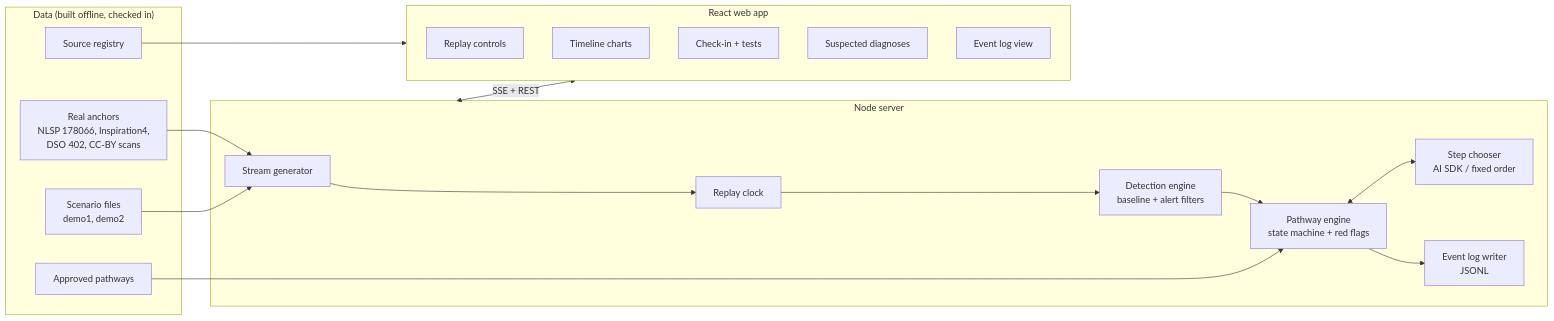
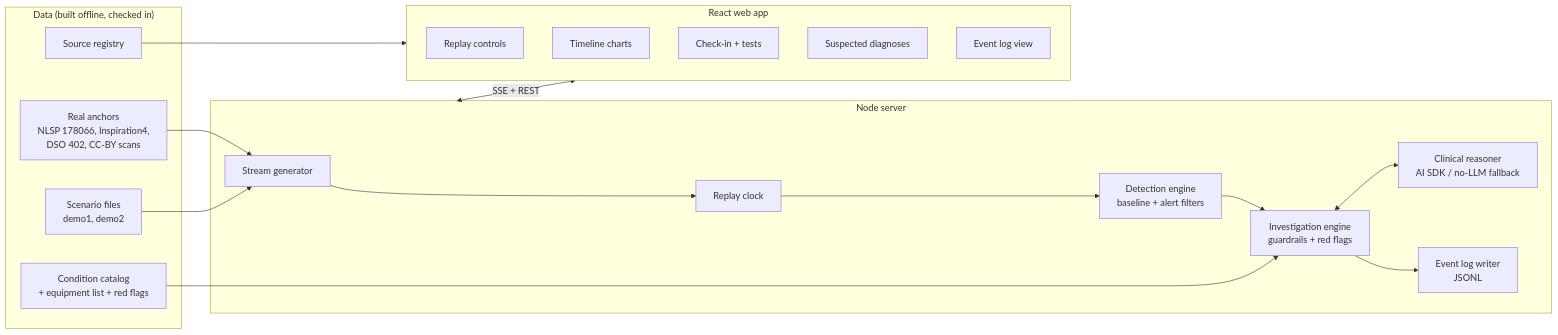
One commit to LielBach/spaceapps-2026-astro-health changed the diagram in docs/technical/09-implementation-plan.md. Above: the diagram before and after it, drawn with Mermaid. The commit also changed other lines of this file and 4 other files, not shown here.

First line of the commit message:
Add ADR 0010: condition catalog with uncatalogued fallback

````diff
--- a/docs/technical/09-implementation-plan.md
+++ b/docs/technical/09-implementation-plan.md
@@ -20,32 +22,32 @@
 ```mermaid
 flowchart LR
     subgraph data["Data (built offline, checked in)"]
         A["Real anchors<br/>NLSP 178066, Inspiration4,<br/>DSO 402, CC-BY scans"]
         S["Scenario files<br/>demo1, demo2"]
-        P["Approved pathways"]
+        P["Condition catalog<br/>+ equipment list + red flags"]
         R["Source registry"]
     end
     subgraph server["Node server"]
         G["Stream generator"]
         C["Replay clock"]
         D["Detection engine<br/>baseline + alert filters"]
-        W["Pathway engine<br/>state machine + red flags"]
-        L["Step chooser<br/>AI SDK / fixed order"]
+        W["Investigation engine<br/>guardrails + red flags"]
+        L["Clinical reasoner<br/>AI SDK / no-LLM fallback"]
         E["Event log writer<br/>JSONL"]
     end
     subgraph web["React web app"]
         U1["Replay controls"]
         U2["Timeline charts"]
         U3["Check-in + tests"]
         U4["Suspected diagnoses"]
         U5["Event log view"]
     end
     A --> G
     S --> G
     G --> C --> D --> W
     P --> W
     W <--> L
     W --> E
     R --> web
     server <-- "SSE + REST" --> web
 ```
````
